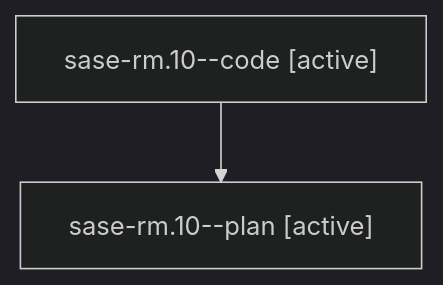
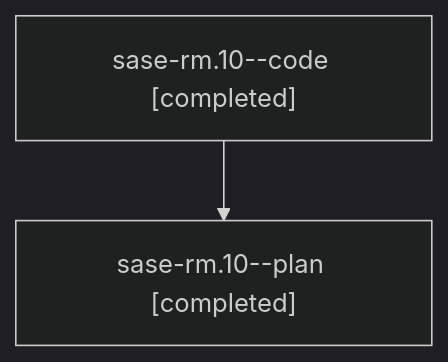
Before and after one commit to sase-org/sase--agents: the diagram in families/bbugyi200.athena.sase-rm.10.md, drawn with Mermaid (dark theme). The commit also changed other lines of this file and 115 other files, not shown here.

````diff
--- a/families/bbugyi200.athena.sase-rm.10.md
+++ b/families/bbugyi200.athena.sase-rm.10.md
@@ -9,6 +9,6 @@
 ```mermaid
 flowchart TD
-  n0["sase-rm.10--code [active]"]
-  n1["sase-rm.10--plan [active]"]
+  n0["sase-rm.10--code [completed]"]
+  n1["sase-rm.10--plan [completed]"]
   n0 --> n1
 ```
````
